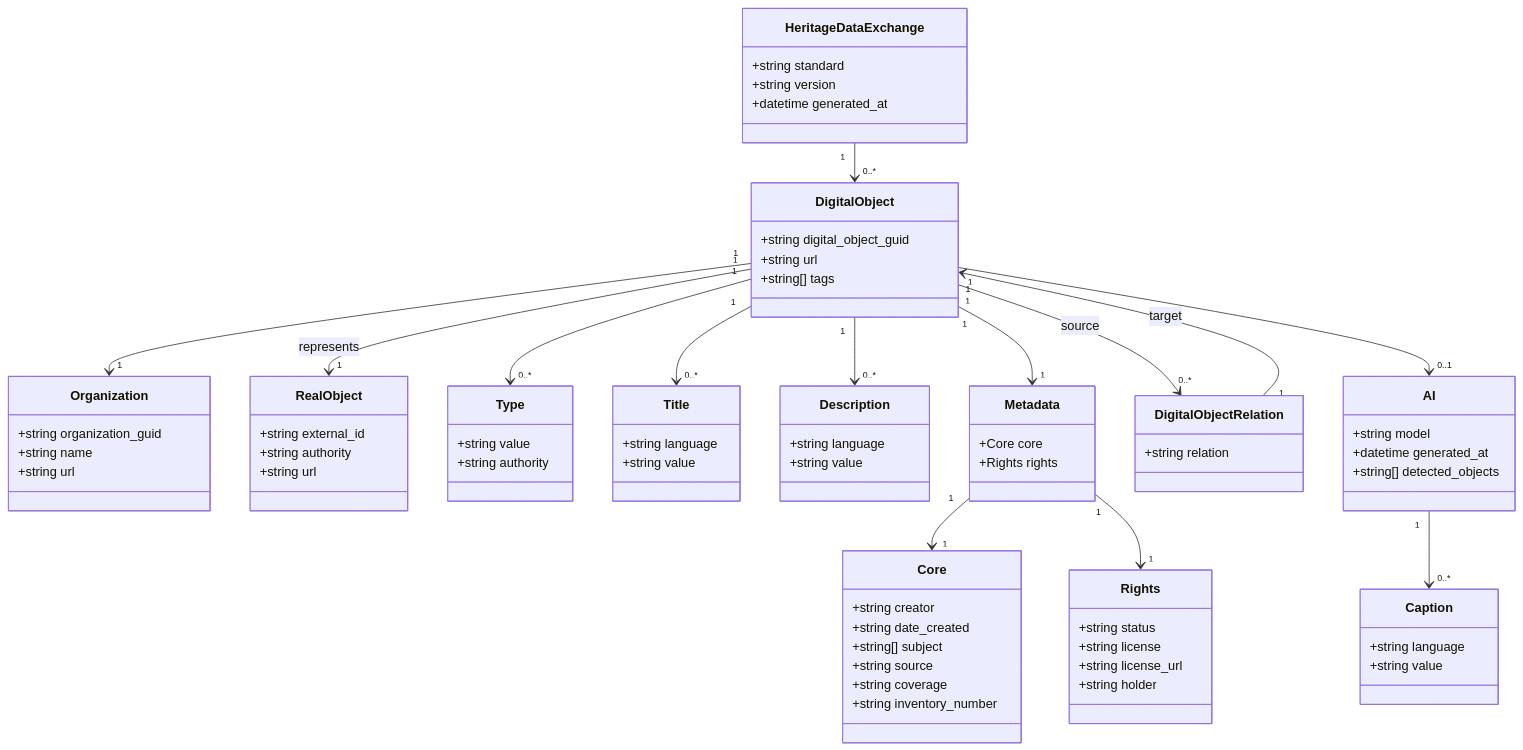
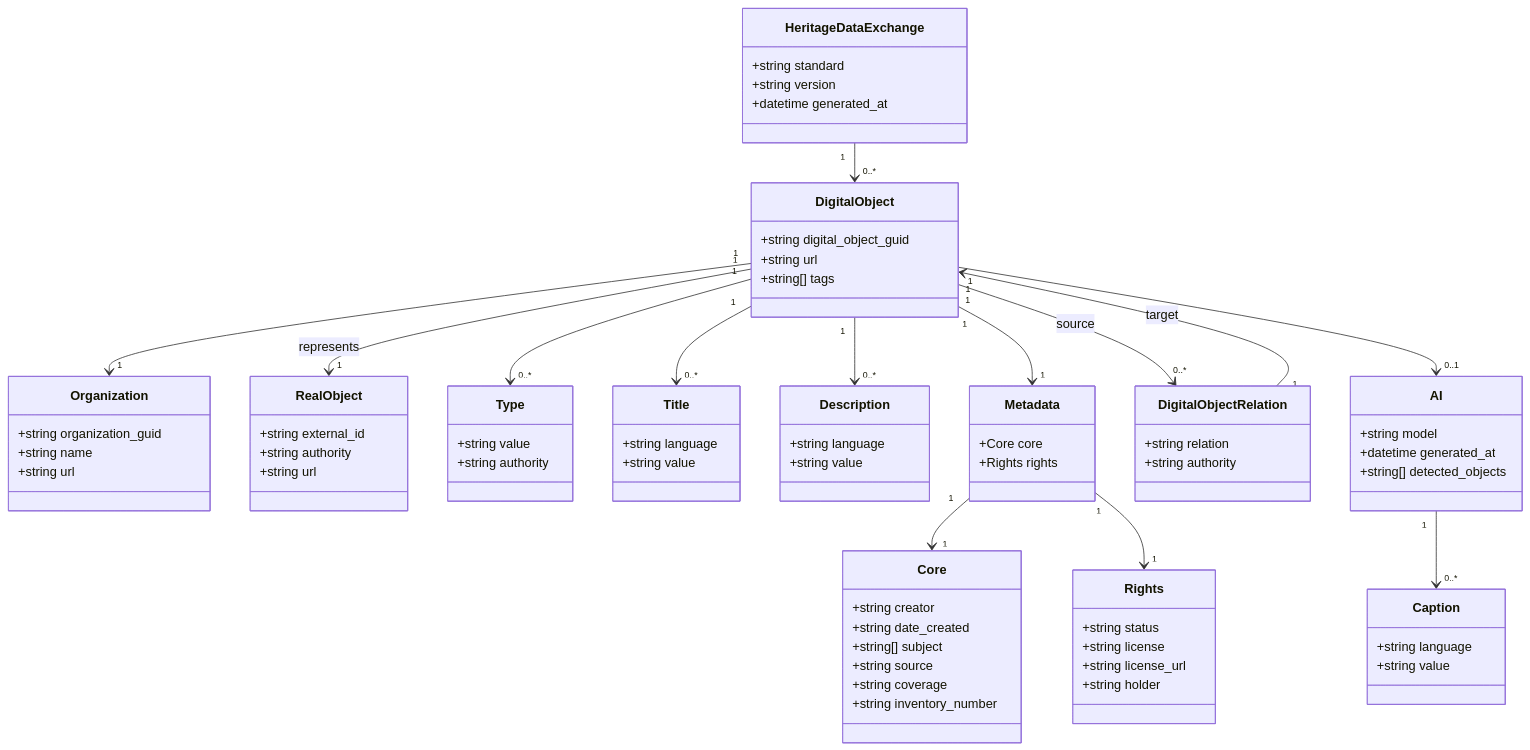
Before and after one commit to herzen-vis-lab/heritage-data-exchange: the diagram in docs/ru-federated-cultural-ai-exchange.uml.md, drawn with Mermaid.

```diff
--- a/docs/ru-federated-cultural-ai-exchange.uml.md
+++ b/docs/ru-federated-cultural-ai-exchange.uml.md
@@ -64,6 +64,7 @@
 
 class DigitalObjectRelation {
     +string relation
+    +string authority
 }
 
 class AI {
```
